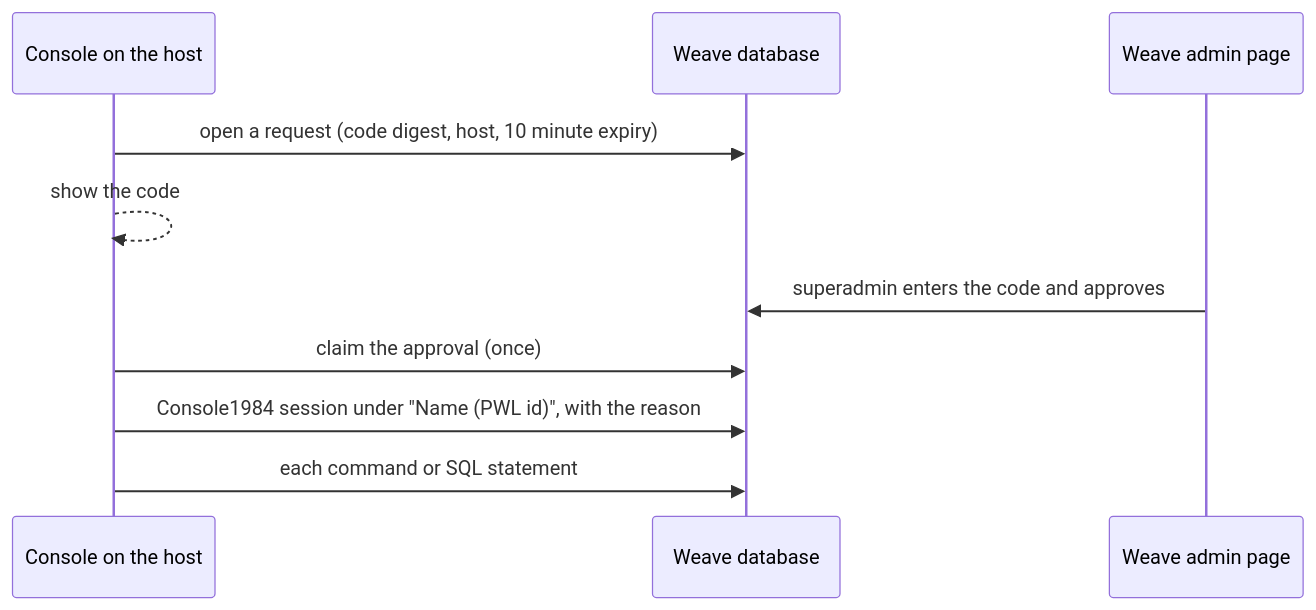
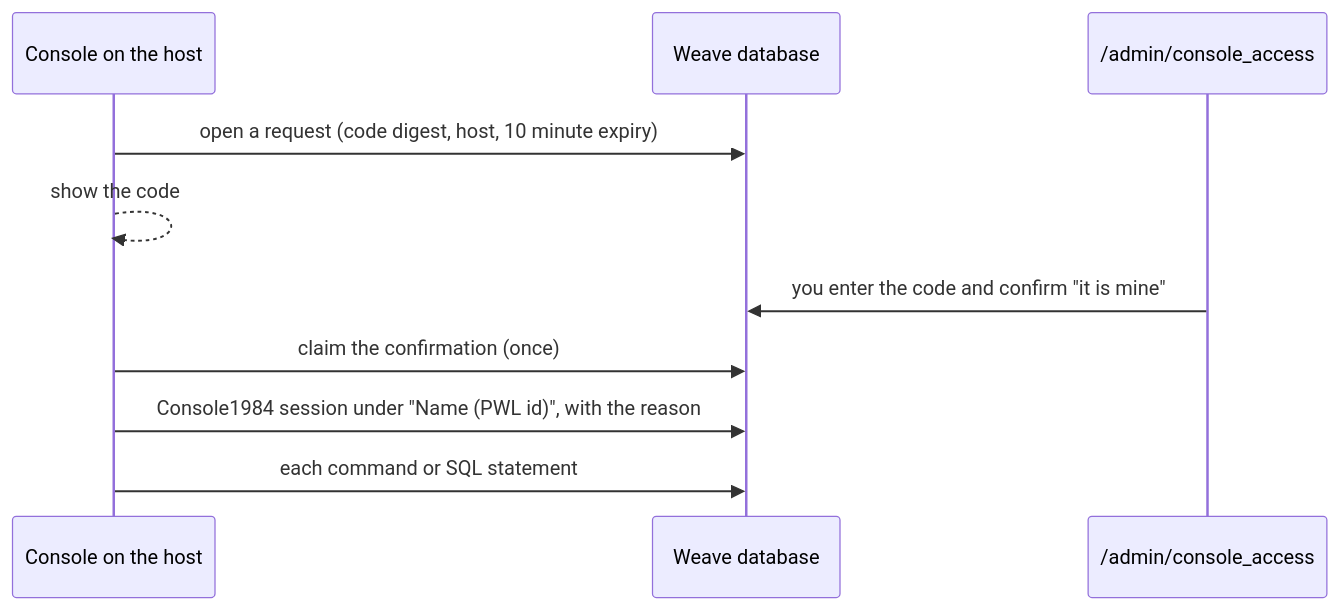
Before and after one commit to patchworklabsorg/weave: the diagram in docs/CONSOLE_ACCESS.md, drawn with Mermaid. The commit also changed other lines of this file and 20 other files, not shown here.

Commit message:
feat: sign in a console as yourself instead of an approval by a superadmin

````diff
--- a/docs/CONSOLE_ACCESS.md
+++ b/docs/CONSOLE_ACCESS.md
@@ -21,12 +21,12 @@
 ```mermaid
 sequenceDiagram
   participant C as Console on the host
   participant DB as Weave database
-  participant W as Weave admin page
+  participant W as /admin/console_access
   C->>DB: open a request (code digest, host, 10 minute expiry)
   C-->>C: show the code
-  W->>DB: superadmin enters the code and approves
-  C->>DB: claim the approval (once)
+  W->>DB: you enter the code and confirm "it is mine"
+  C->>DB: claim the confirmation (once)
   C->>DB: Console1984 session under "Name (PWL id)", with the reason
   C->>DB: each command or SQL statement
 ```
````
